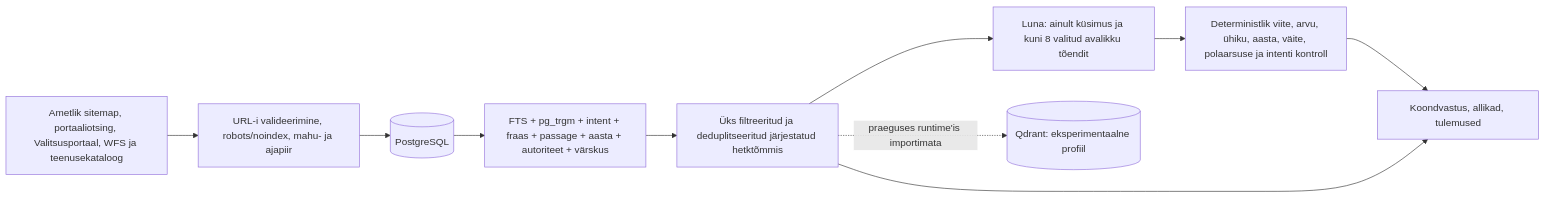
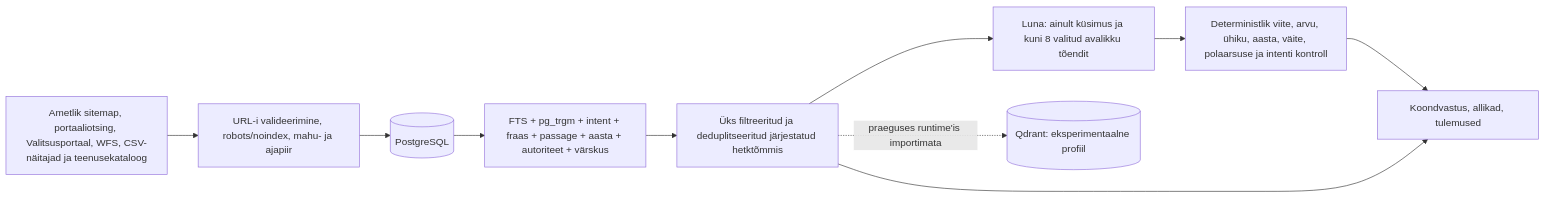
The diagram in acceptance-evidence.md (AARenor/keskkonnaportaali-praktika), drawn with Mermaid before and after one commit. The commit also changed other lines of this file and 9 other files, not shown here.

````diff
--- a/acceptance-evidence.md
+++ b/acceptance-evidence.md
@@ -72,17 +72,17 @@
 ```mermaid
 flowchart LR
-  A[Ametlik sitemap, portaaliotsing, Valitsusportaal, WFS ja teenusekataloog]
+  A[Ametlik sitemap, portaaliotsing, Valitsusportaal, WFS, CSV-näitajad ja teenusekataloog]
   B[URL-i valideerimine, robots/noindex, mahu- ja ajapiir]
   C[(PostgreSQL)]
   D[FTS + pg_trgm + intent + fraas + passage + aasta + autoriteet + värskus]
   E[Üks filtreeritud ja deduplitseeritud järjestatud hetktõmmis]
   F[Luna: ainult küsimus ja kuni 8 valitud avalikku tõendit]
   G[Deterministlik viite, arvu, ühiku, aasta, väite, polaarsuse ja intenti kontroll]
   H[Koondvastus, allikad, tulemused]
   Q[(Qdrant: eksperimentaalne profiil)]
 
   A --> B --> C --> D --> E
   E --> F --> G --> H
   E --> H
   E -. praeguses runtime'is importimata .-> Q
 ```
````
